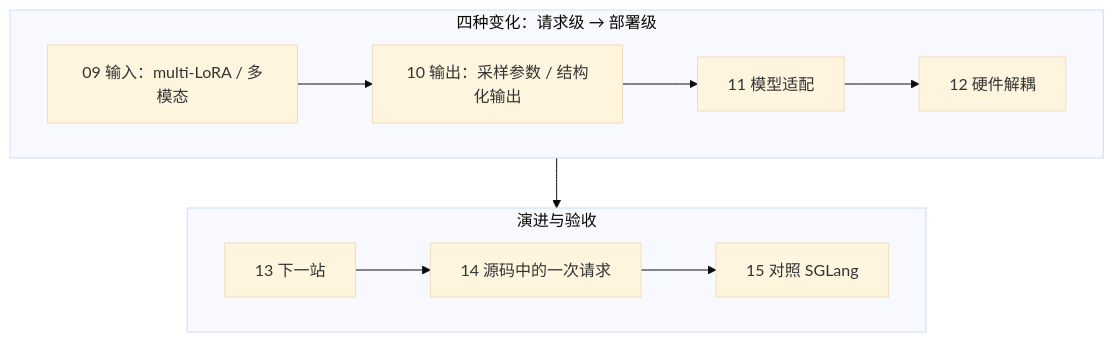
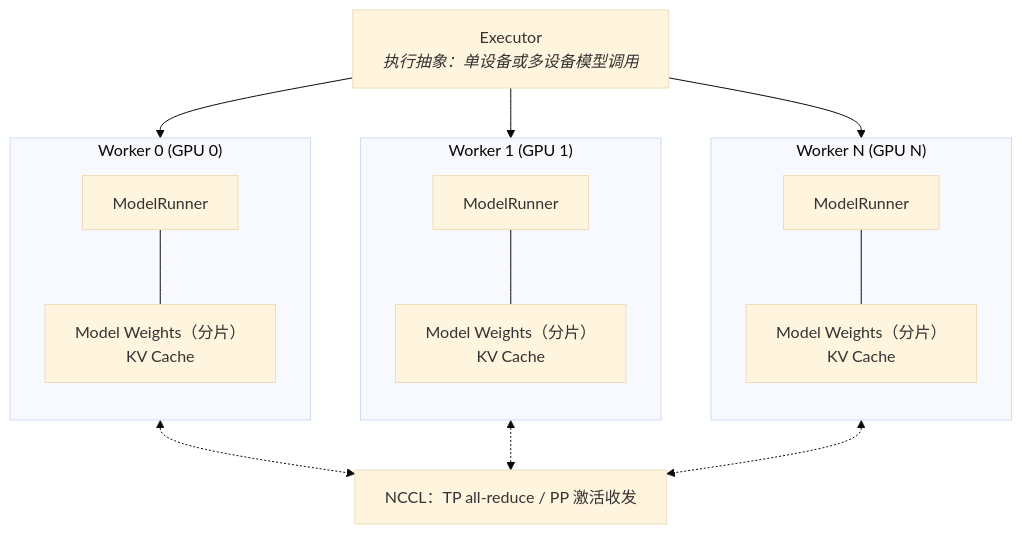
The third of 3 diagrams in slides/2026-08-25-deep-dive-into-vllm.md (arganzheng/arganzheng.github.com), drawn with Mermaid (base theme) before and after one commit. The commit also changed other lines of this file and 1 other file, not shown here.

````diff
--- a/slides/2026-08-25-deep-dive-into-vllm.md
+++ b/slides/2026-08-25-deep-dive-into-vllm.md
@@ -82,13 +197,20 @@
 ```mermaid
-%%{init: {"flowchart": {"wrappingWidth": 190}}}%%
-flowchart TB
-    subgraph R1["四种变化：请求级 → 部署级"]
-        direction LR
-        J["09 输入：multi-LoRA / 多模态"] --> K["10 输出：采样参数 / 结构化输出"] --> L["11 模型适配"] --> L2["12 硬件解耦"]
+%%{init: {"flowchart": {"wrappingWidth": 260}}}%%
+graph TB
+    EX["Executor<br/><i>执行抽象：单设备或多设备模型调用</i>"]
+    EX --> W0 & W1 & WN
+    subgraph W0["Worker 0 (GPU 0)"]
+        direction TB
+        M0["ModelRunner"] --- S0["Model Weights（分片）<br/>KV Cache"]
     end
-    subgraph R2["演进与验收"]
-        direction LR
-        M["13 下一站"] --> N["14 源码中的一次请求"] --> O["15 对照 SGLang"]
+    subgraph W1["Worker 1 (GPU 1)"]
+        direction TB
+        M1["ModelRunner"] --- S1["Model Weights（分片）<br/>KV Cache"]
     end
-    R1 --> R2
+    subgraph WN["Worker N (GPU N)"]
+        direction TB
+        MN["ModelRunner"] --- SN["Model Weights（分片）<br/>KV Cache"]
+    end
+    NC["NCCL：TP all-reduce / PP 激活收发"]
+    W0 & W1 & WN <-.-> NC
 ```
````
